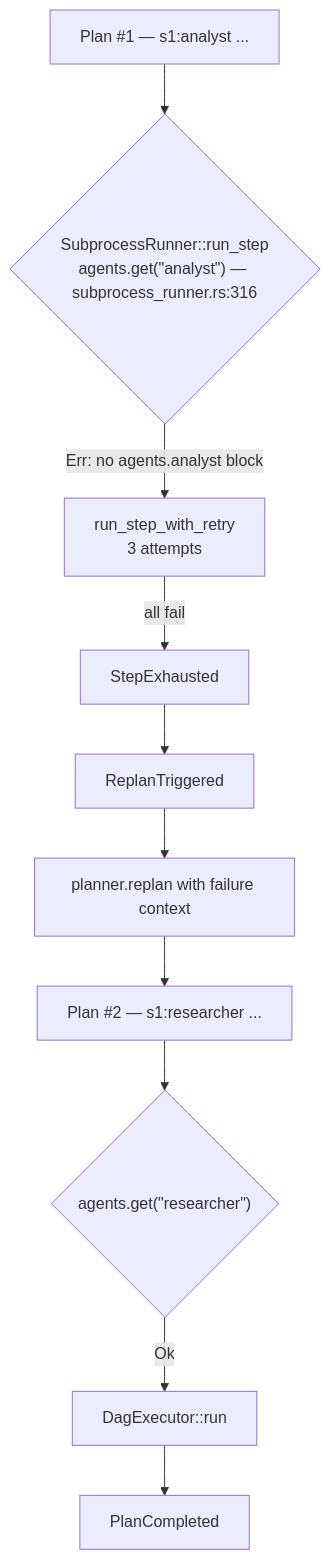
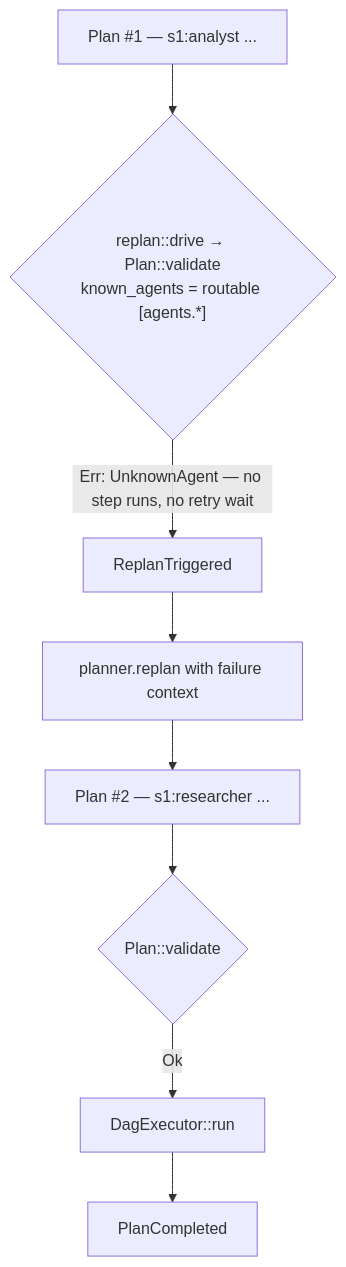
Before and after one commit to DemidovVladimir/tengu-cluster: the seventh of 10 diagrams in docs/orchestrator-pipeline.md, drawn with Mermaid. The commit also changed other lines of this file and 75 other files, not shown here.

````diff
--- a/docs/orchestrator-pipeline.md
+++ b/docs/orchestrator-pipeline.md
@@ -447,12 +442,10 @@
 ```mermaid
 flowchart TB
-    A["Plan #1 — s1:analyst ..."] --> B{"SubprocessRunner::run_step<br/>agents.get(&quot;analyst&quot;) — subprocess_runner.rs:316"}
-    B -->|Err: no agents.analyst block| C["run_step_with_retry<br/>3 attempts"]
-    C -->|all fail| D["StepExhausted"]
-    D --> E["ReplanTriggered"]
+    A["Plan #1 — s1:analyst ..."] --> B{"replan::drive → Plan::validate<br/>known_agents = routable [agents.*]"}
+    B -->|Err: UnknownAgent — no step runs, no retry wait| E["ReplanTriggered"]
     E --> F["planner.replan with failure context"]
     F --> G["Plan #2 — s1:researcher ..."]
-    G --> H{"agents.get(&quot;researcher&quot;)"}
+    G --> H{"Plan::validate"}
     H -->|Ok| I["DagExecutor::run"]
     I --> J["PlanCompleted"]
 ```
````
